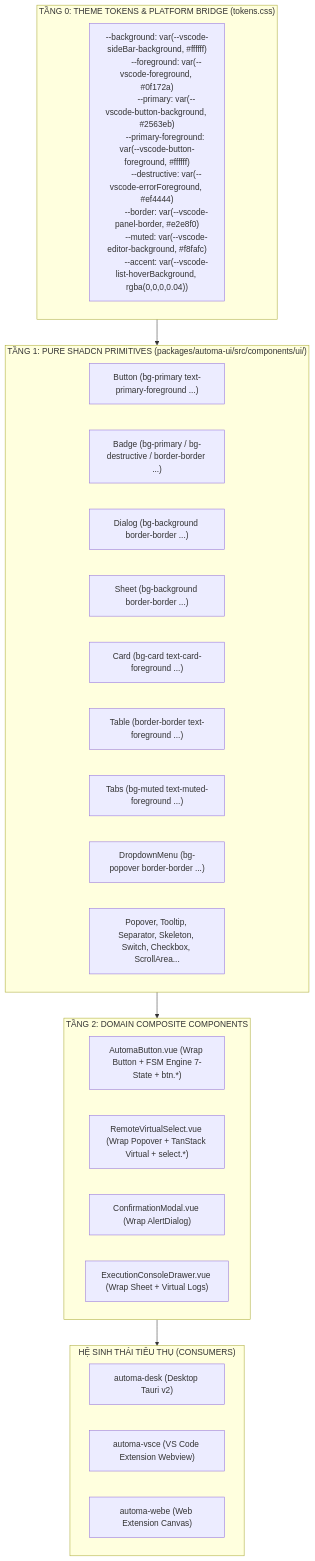
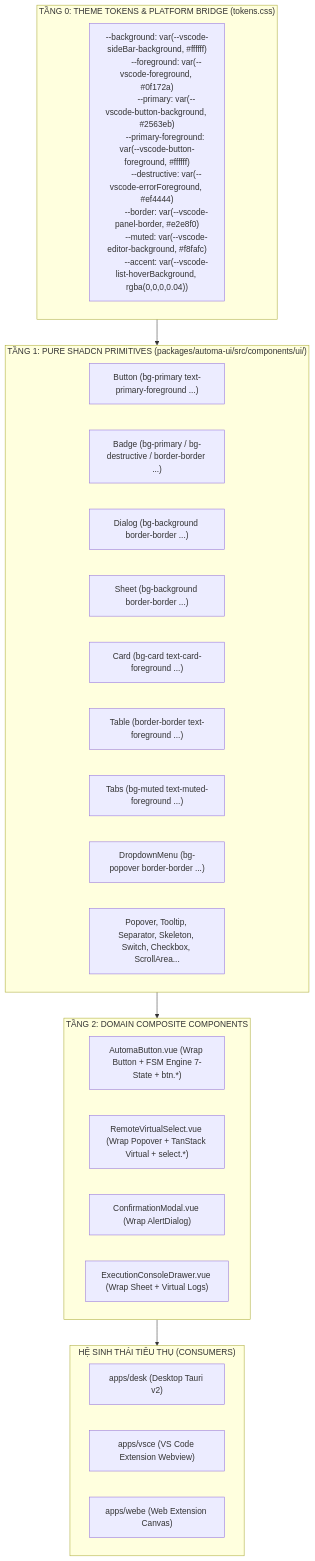
The first of 2 diagrams in docs/srs/SRS_HORIZONTAL_UI_COMPONENTS.md (tuquet/automa), drawn with Mermaid before and after one commit. The commit also changed 48 other files, not shown here.

````diff
--- a/docs/srs/SRS_HORIZONTAL_UI_COMPONENTS.md
+++ b/docs/srs/SRS_HORIZONTAL_UI_COMPONENTS.md
@@ -9,40 +9,40 @@
 ```mermaid
 flowchart TD
     subgraph Layer0 ["TẦNG 0: THEME TOKENS & PLATFORM BRIDGE (tokens.css)"]
         Tokens["--background: var(--vscode-sideBar-background, #ffffff)
         --foreground: var(--vscode-foreground, #0f172a)
         --primary: var(--vscode-button-background, #2563eb)
         --primary-foreground: var(--vscode-button-foreground, #ffffff)
         --destructive: var(--vscode-errorForeground, #ef4444)
         --border: var(--vscode-panel-border, #e2e8f0)
         --muted: var(--vscode-editor-background, #f8fafc)
         --accent: var(--vscode-list-hoverBackground, rgba(0,0,0,0.04))"]
     end
 
     subgraph Layer1 ["TẦNG 1: PURE SHADCN PRIMITIVES (packages/automa-ui/src/components/ui/)"]
         Button["Button (bg-primary text-primary-foreground ...)"]
         Badge["Badge (bg-primary / bg-destructive / border-border ...)"]
         Dialog["Dialog (bg-background border-border ...)"]
         Sheet["Sheet (bg-background border-border ...)"]
         Card["Card (bg-card text-card-foreground ...)"]
         Table["Table (border-border text-foreground ...)"]
         Tabs["Tabs (bg-muted text-muted-foreground ...)"]
         Dropdown["DropdownMenu (bg-popover border-border ...)"]
         OtherUI["Popover, Tooltip, Separator, Skeleton, Switch, Checkbox, ScrollArea..."]
     end
 
     subgraph Layer2 ["TẦNG 2: DOMAIN COMPOSITE COMPONENTS"]
         AutomaBtn["AutomaButton.vue (Wrap Button + FSM Engine 7-State + btn.*)"]
         RemoteSelect["RemoteVirtualSelect.vue (Wrap Popover + TanStack Virtual + select.*)"]
         ConfirmModal["ConfirmationModal.vue (Wrap AlertDialog)"]
         ConsoleDrawer["ExecutionConsoleDrawer.vue (Wrap Sheet + Virtual Logs)"]
     end
 
     subgraph Consumers ["HỆ SINH THÁI TIÊU THỤ (CONSUMERS)"]
-        Desk["automa-desk (Desktop Tauri v2)"]
-        VSCE["automa-vsce (VS Code Extension Webview)"]
-        WebE["automa-webe (Web Extension Canvas)"]
+        Desk["apps/desk (Desktop Tauri v2)"]
+        VSCE["apps/vsce (VS Code Extension Webview)"]
+        WebE["apps/webe (Web Extension Canvas)"]
     end
 
     Layer0 --> Layer1 --> Layer2 --> Consumers
 ```
````
